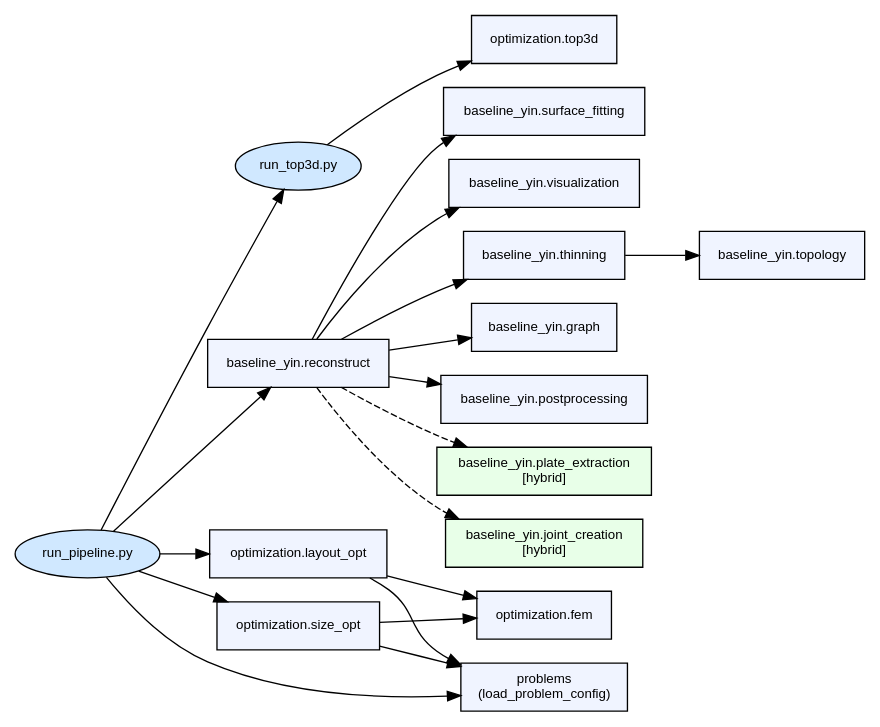
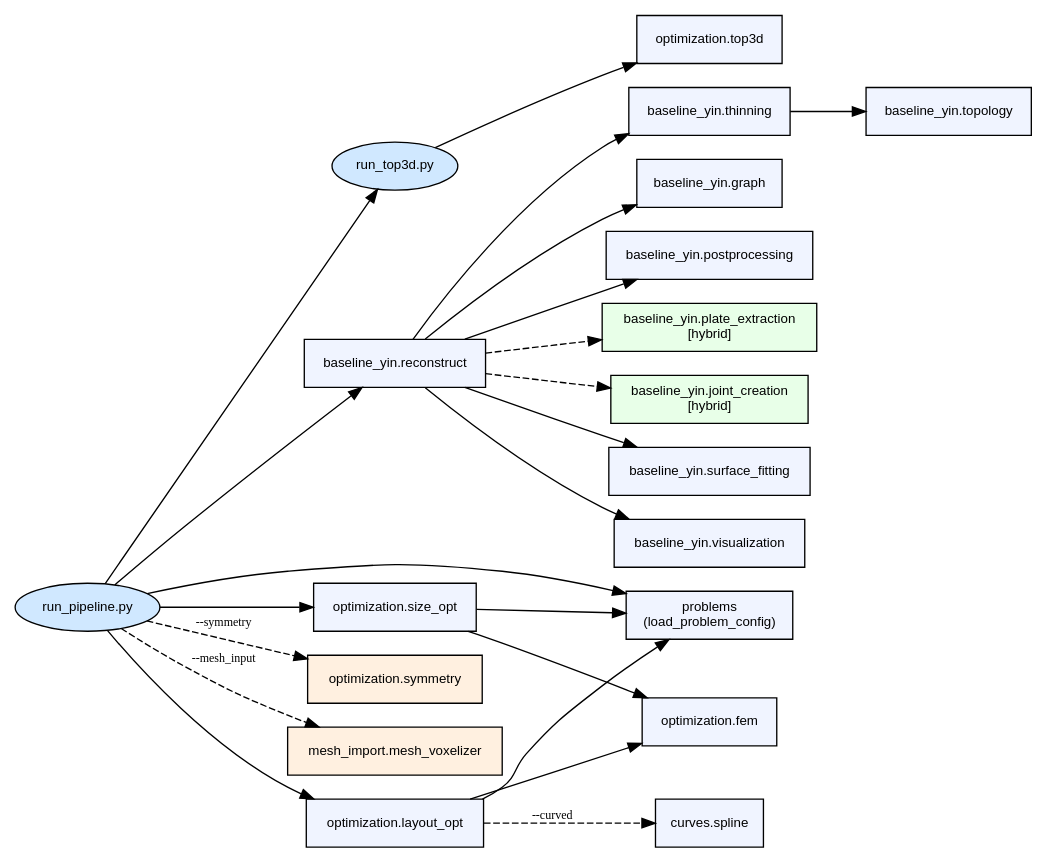
One commit to JamesJacouris/TO_CAD changed the diagram in docs/architecture/overview.rst. Above: the diagram before and after it, drawn with Graphviz. The commit also changed other lines of this file and 55 other files, not shown here.

First line of the commit message:
feat: Full dissertation pipeline — shell FEM, symmetry, fused body, two-pass classification, docs

```diff
--- a/docs/architecture/overview.rst
+++ b/docs/architecture/overview.rst
@@ -61,54 +65,64 @@
 .. graphviz::
    :caption: Pipeline module dependencies (dashed edges = hybrid-only paths)
 
    digraph pipeline {
        rankdir=LR;
        node [shape=box, fontname="Helvetica", fontsize=10, style=filled, fillcolor="#f0f4ff"];
        edge [fontsize=9];
 
        // Top-level orchestrators
        run_pipeline [label="run_pipeline.py", fillcolor="#d0e8ff", shape=ellipse];
        run_top3d   [label="run_top3d.py",    fillcolor="#d0e8ff", shape=ellipse];
 
        // Stage 0
        top3d [label="optimization.top3d"];
 
        // Stage 1 — reconstruction
        reconstruct [label="baseline_yin.reconstruct"];
        thinning    [label="baseline_yin.thinning"];
        topology    [label="baseline_yin.topology"];
        graph_mod   [label="baseline_yin.graph"];
        postproc    [label="baseline_yin.postprocessing"];
        plate_ext   [label="baseline_yin.plate_extraction\n[hybrid]", fillcolor="#e8ffe8"];
        joint_cr    [label="baseline_yin.joint_creation\n[hybrid]",   fillcolor="#e8ffe8"];
        surf_fit    [label="baseline_yin.surface_fitting"];
        viz         [label="baseline_yin.visualization"];
 
        // Stage 2 / 3 — optimisation
        size_opt    [label="optimization.size_opt"];
        layout_opt  [label="optimization.layout_opt"];
        fem         [label="optimization.fem"];
+       symmetry    [label="optimization.symmetry", fillcolor="#fff0e0"];
+
+       // Curves
+       spline      [label="curves.spline"];
+
+       // Mesh import
+       mesh_vox    [label="mesh_import.mesh_voxelizer", fillcolor="#fff0e0"];
 
        // Problems
        problems    [label="problems\n(load_problem_config)"];
 
        // Edges
        run_pipeline -> run_top3d;
        run_top3d    -> top3d;
+       run_pipeline -> mesh_vox [style=dashed, label="--mesh_input"];
        run_pipeline -> reconstruct;
        reconstruct  -> thinning;
        thinning     -> topology;
        reconstruct  -> graph_mod;
        reconstruct  -> postproc;
        reconstruct  -> plate_ext [style=dashed];
        reconstruct  -> joint_cr  [style=dashed];
        reconstruct  -> surf_fit;
        reconstruct  -> viz;
        run_pipeline -> size_opt;
        run_pipeline -> layout_opt;
        size_opt     -> fem;
        layout_opt   -> fem;
+       layout_opt   -> spline [style=dashed, label="--curved"];
+       run_pipeline -> symmetry [style=dashed, label="--symmetry"];
        run_pipeline -> problems;
        size_opt     -> problems;
        layout_opt   -> problems;
    }
```
